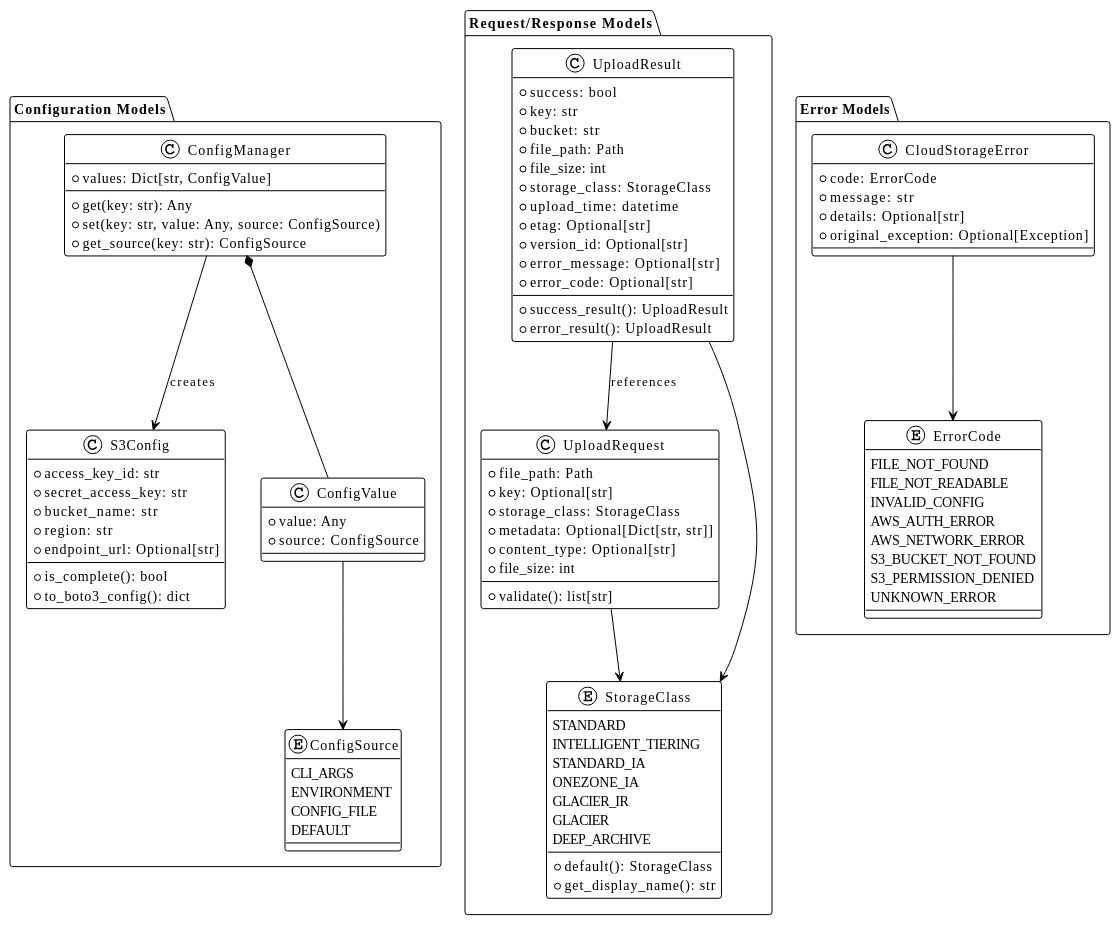
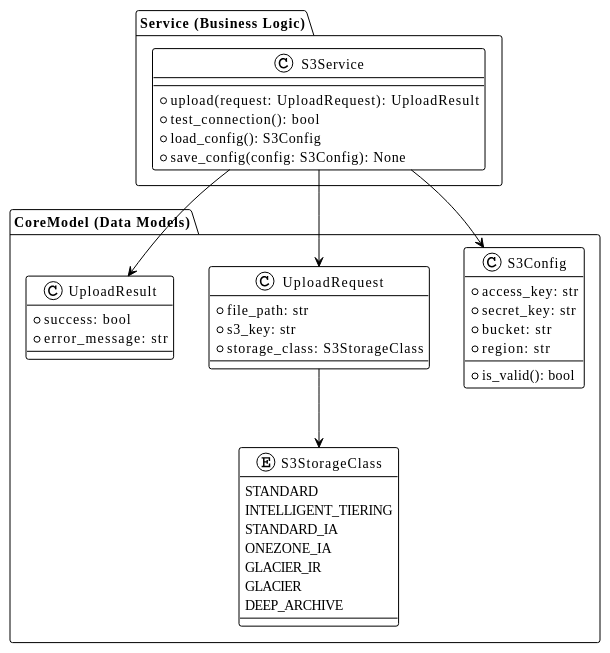
The diagram in .prompt/02.Issue/02.AddSimpleFileUpload/01.BasicDesign/02.DataModel.md (FATESAIKOU/CloudStorageSyncer), drawn with PlantUML before and after one commit. The commit also changed other lines of this file and 2 other files, not shown here.

Commit message:
Add basicDesign document

````diff
--- a/.prompt/02.Issue/02.AddSimpleFileUpload/01.BasicDesign/02.DataModel.md
+++ b/.prompt/02.Issue/02.AddSimpleFileUpload/01.BasicDesign/02.DataModel.md
@@ -8,65 +8,16 @@
 @startuml
 !theme plain
 
-package "Configuration Models" {
+package "CoreModel (Data Models)" {
   class S3Config {
-    +access_key_id: str
-    +secret_access_key: str
-    +bucket_name: str
+    +access_key: str
+    +secret_key: str
+    +bucket: str
     +region: str
-    +endpoint_url: Optional[str]
-    +is_complete(): bool
-    +to_boto3_config(): dict
+    +is_valid(): bool
   }
 
-  class ConfigManager {
-    +values: Dict[str, ConfigValue]
-    +get(key: str): Any
-    +set(key: str, value: Any, source: ConfigSource)
-    +get_source(key: str): ConfigSource
-  }
-
-  class ConfigValue {
-    +value: Any
-    +source: ConfigSource
-  }
-
-  enum ConfigSource {
-    CLI_ARGS
-    ENVIRONMENT
-    CONFIG_FILE
-    DEFAULT
-  }
-}
-
-package "Request/Response Models" {
-  class UploadRequest {
-    +file_path: Path
-    +key: Optional[str]
-    +storage_class: StorageClass
-    +metadata: Optional[Dict[str, str]]
-    +content_type: Optional[str]
-    +validate(): list[str]
-    +file_size: int
-  }
-
-  class UploadResult {
-    +success: bool
-    +key: str
-    +bucket: str
-    +file_path: Path
-    +file_size: int
-    +storage_class: StorageClass
-    +upload_time: datetime
-    +etag: Optional[str]
-    +version_id: Optional[str]
-    +error_message: Optional[str]
-    +error_code: Optional[str]
-    +success_result(): UploadResult
-    +error_result(): UploadResult
-  }
-
-  enum StorageClass {
+  enum S3StorageClass {
     STANDARD
     INTELLIGENT_TIERING
     STANDARD_IA
@@ -74,39 +25,51 @@
     GLACIER_IR
     GLACIER
     DEEP_ARCHIVE
-    +default(): StorageClass
-    +get_display_name(): str
+  }
+
+  class UploadRequest {
+    +file_path: str
+    +s3_key: str
+    +storage_class: S3StorageClass
+  }
+
+  class UploadResult {
+    +success: bool
+    +error_message: str
   }
 }
 
-package "Error Models" {
-  class CloudStorageError {
-    +code: ErrorCode
-    +message: str
-    +details: Optional[str]
-    +original_exception: Optional[Exception]
-  }
-
-  enum ErrorCode {
-    FILE_NOT_FOUND
-    FILE_NOT_READABLE
-    INVALID_CONFIG
-    AWS_AUTH_ERROR
-    AWS_NETWORK_ERROR
-    S3_BUCKET_NOT_FOUND
-    S3_PERMISSION_DENIED
-    UNKNOWN_ERROR
+package "Service (Business Logic)" {
+  class S3Service {
+    +upload(request: UploadRequest): UploadResult
+    +test_connection(): bool
+    +load_config(): S3Config
+    +save_config(config: S3Config): None
   }
 }
 
-' Relationships
-ConfigManager *-- ConfigValue
-ConfigValue --> ConfigSource
-UploadRequest --> StorageClass
-UploadResult --> StorageClass
-UploadResult --> UploadRequest : references
-CloudStorageError --> ErrorCode
-ConfigManager --> S3Config : creates
+S3Service --> S3Config
+S3Service --> UploadRequest
+S3Service --> UploadResult
+UploadRequest --> S3StorageClass
 
 @enduml
+```## 2. Data Model 詳細實作
+
+### 2.1 S3Config
+
+```python
+from dataclasses import dataclass
+
+@dataclass
+class S3Config:
+    """S3 配置資料模型"""
+    access_key: str = ""
+    secret_key: str = ""
+    bucket: str = ""
+    region: str = "us-east-1"
+
+    def is_valid(self) -> bool:
+        """檢查配置是否完整"""
+        return bool(self.access_key and self.secret_key and self.bucket)
 ```
````
